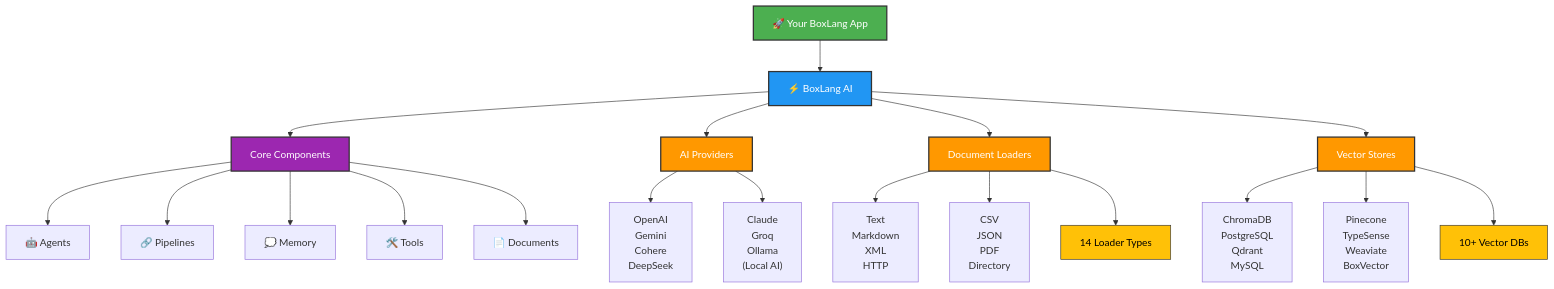
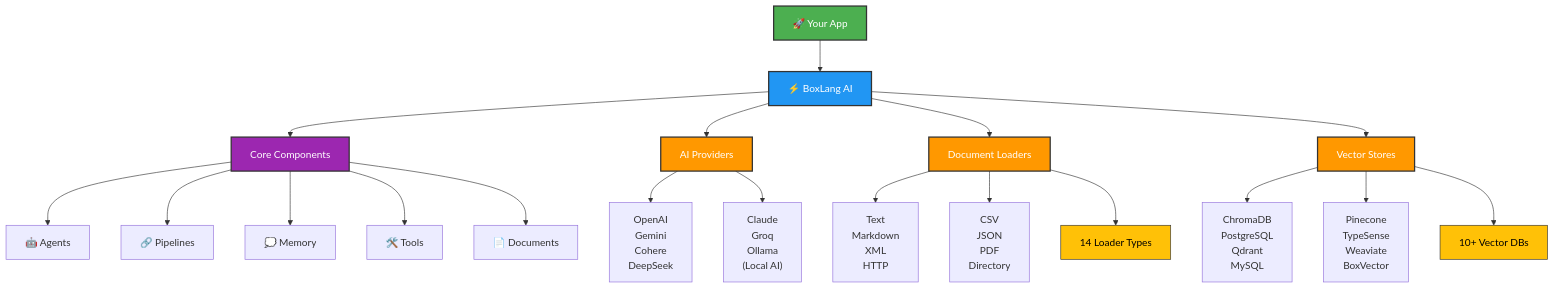
One commit to ortus-boxlang/bx-ai changed the diagram in docs/README.md. Above: the diagram before and after it, drawn with Mermaid. The commit also changed other lines of this file and 2 other files, not shown here.

````diff
--- a/docs/README.md
+++ b/docs/README.md
@@ -13,37 +18,37 @@
 ```mermaid
 graph TB
-    App["🚀 Your BoxLang App"]
+    App["🚀 Your App"]
 
     App --> Module["⚡ BoxLang AI"]
 
     Module --> Components["Core Components"]
     Components --> Agents["🤖 Agents"]
     Components --> Pipelines["🔗 Pipelines"]
     Components --> Memory["💭 Memory"]
     Components --> Tools["🛠️ Tools"]
     Components --> Documents["📄 Documents"]
 
     Module --> Providers["AI Providers"]
     Module --> Loaders["Document Loaders"]
     Module --> Vectors["Vector Stores"]
 
     Providers --> OpenAI["OpenAI<br/>Gemini<br/>Cohere<br/>DeepSeek"]
     Providers --> Claude["Claude<br/>Groq<br/>Ollama<br/>(Local AI)"]
 
     Loaders --> LoaderSet1["Text<br/>Markdown<br/>XML<br/>HTTP"]
     Loaders --> LoaderSet2["CSV<br/>JSON<br/>PDF<br/>Directory"]
     Loaders --> LoaderNote["14 Loader Types"]
 
     Vectors --> VectorSet1["ChromaDB<br/>PostgreSQL<br/>Qdrant<br/>MySQL"]
     Vectors --> VectorSet2["Pinecone<br/>TypeSense<br/>Weaviate<br/>BoxVector"]
     Vectors --> VectorNote["10+ Vector DBs"]
 
     style App fill:#4CAF50,stroke:#333,stroke-width:2px,color:#fff
     style Module fill:#2196F3,stroke:#333,stroke-width:2px,color:#fff
     style Components fill:#9C27B0,stroke:#333,stroke-width:2px,color:#fff
     style Providers fill:#FF9800,stroke:#333,stroke-width:2px,color:#fff
     style Loaders fill:#FF9800,stroke:#333,stroke-width:2px,color:#fff
     style Vectors fill:#FF9800,stroke:#333,stroke-width:2px,color:#fff
     style LoaderNote fill:#FFC107,stroke:#333,stroke-width:1px,color:#000
     style VectorNote fill:#FFC107,stroke:#333,stroke-width:1px,color:#000
 ```
````
